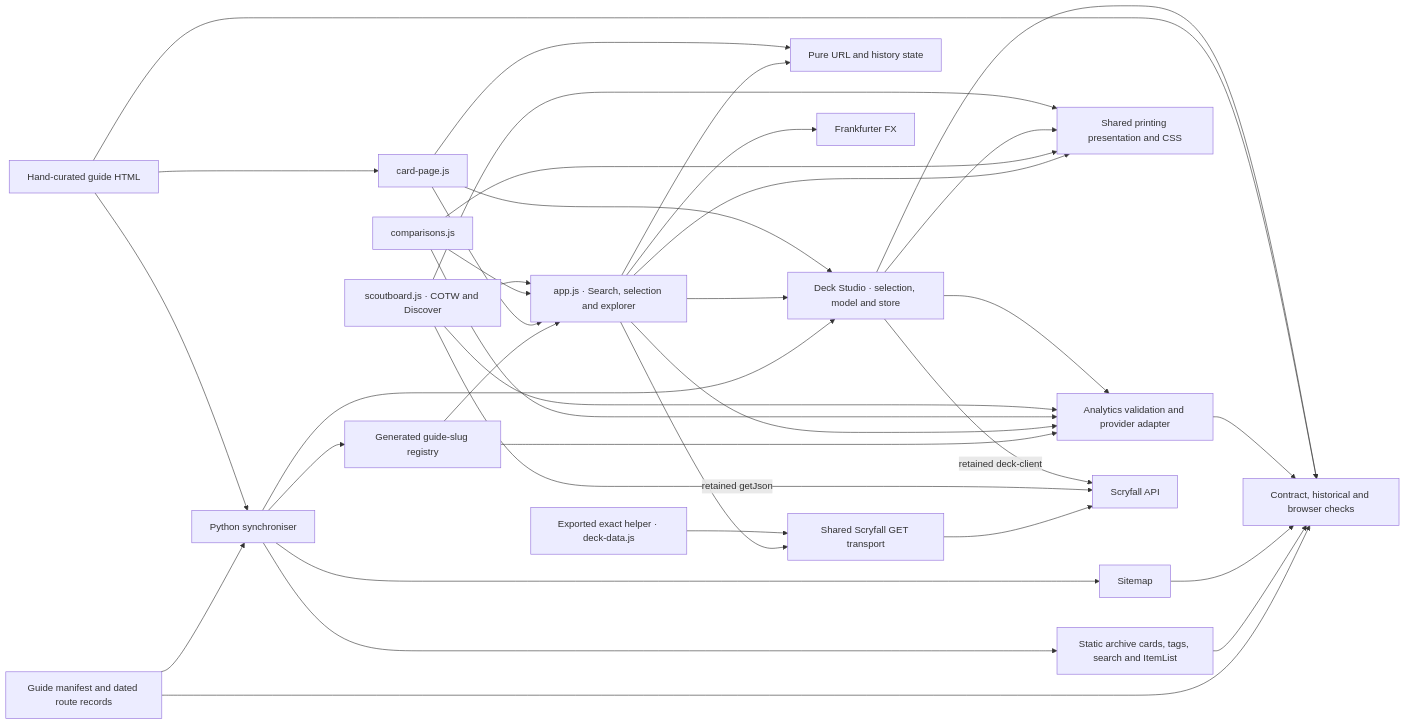
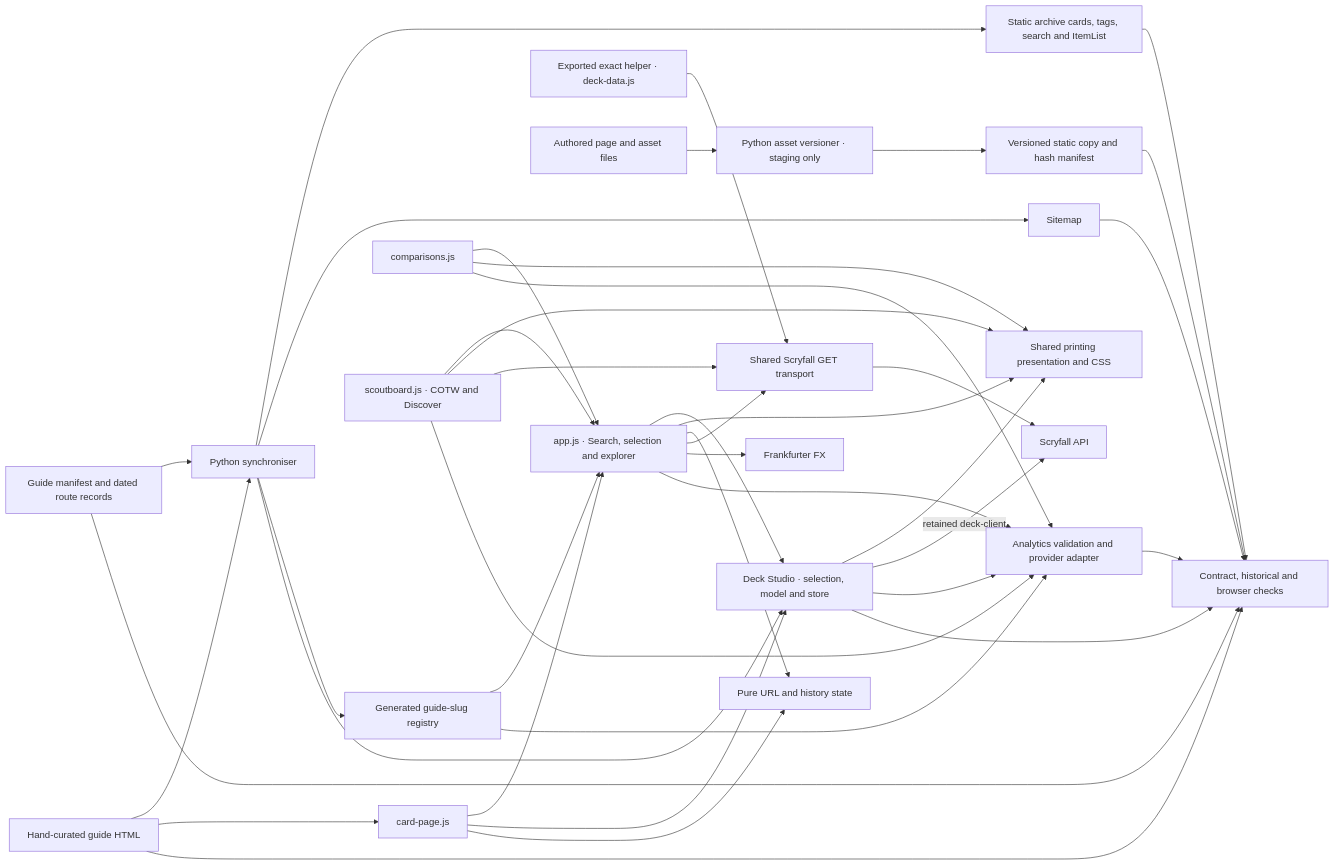
The diagram in docs/engineering-stabilisation.md (Summedcactus/Manascout), drawn with Mermaid before and after one commit. The commit also changed other lines of this file and 1 other file, not shown here.

Commit message:
Validate staged browser flows and document stabilisation results

````diff
--- a/docs/engineering-stabilisation.md
+++ b/docs/engineering-stabilisation.md
@@ -9,59 +9,65 @@
 ```mermaid
 flowchart LR
     Manifest["Guide manifest and dated route records"]
     Sync["Python synchroniser"]
     Registry["Generated guide-slug registry"]
     Archive["Static archive cards, tags, search and ItemList"]
     Sitemap["Sitemap"]
     Pages["Hand-curated guide HTML"]
     Guide["card-page.js"]
     App["app.js · Search, selection and explorer"]
     Compare["comparisons.js"]
     Presentation["Shared printing presentation and CSS"]
     Scout["scoutboard.js · COTW and Discover"]
     Deck["Deck Studio · selection, model and store"]
     Analytics["Analytics validation and provider adapter"]
     URLState["Pure URL and history state"]
     Transport["Shared Scryfall GET transport"]
     Compat["Exported exact helper · deck-data.js"]
+    Assets["Authored page and asset files"]
+    Stage["Python asset versioner · staging only"]
+    StagedSite["Versioned static copy and hash manifest"]
     FX["Frankfurter FX"]
     Scryfall["Scryfall API"]
     Tests["Contract, historical and browser checks"]
 
     Manifest --> Sync
     Pages --> Sync
     Sync --> Archive
     Sync --> Sitemap
     Sync --> Registry
     Sync --> Deck
     Registry --> App
     Registry --> Analytics
     Pages --> Guide
     Guide --> App
     Compare --> App
     Scout --> App
     App --> Deck
     Guide --> Deck
     App --> Presentation
     Compare --> Presentation
     Deck --> Presentation
     Scout --> Presentation
     App --> URLState
     Guide --> URLState
     App --> Transport
+    Scout --> Transport
     Compat --> Transport
     Transport --> Scryfall
     App --> FX
-    Scout -->|"retained getJson"| Scryfall
     Deck -->|"retained deck-client"| Scryfall
     App --> Analytics
     Compare --> Analytics
     Scout --> Analytics
     Deck --> Analytics
     Manifest --> Tests
     Archive --> Tests
     Sitemap --> Tests
     Analytics --> Tests
     Pages --> Tests
     Deck --> Tests
+    Assets --> Stage
+    Stage --> StagedSite
+    StagedSite --> Tests
 ```
````
